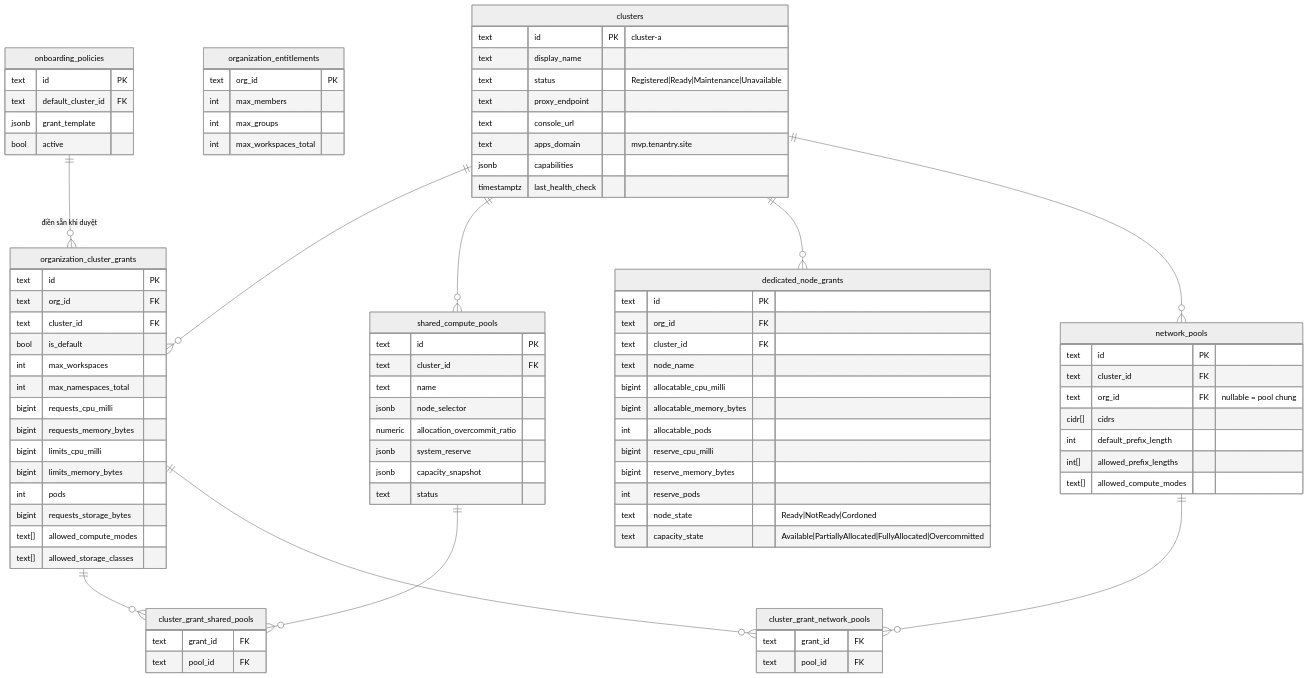
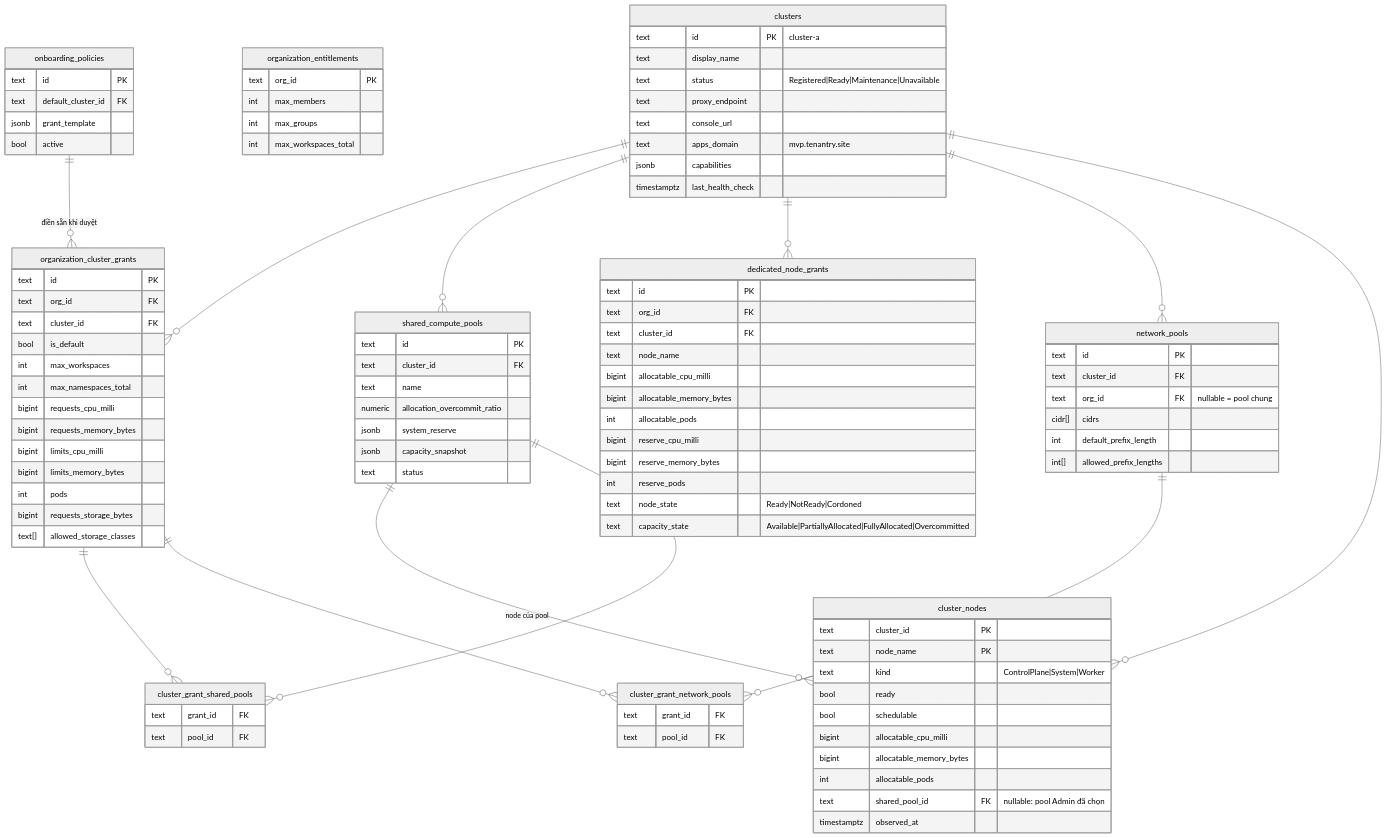
One commit to thaihoc1310/tenantry changed the third of 5 diagrams in docs/architecture/02-data-model.md. Above: the diagram before and after it, drawn with Mermaid (neutral theme). The commit also changed other lines of this file and 5 other files, not shown here.

Commit message:
docs(plan): Vue 3 with Element Plus for the frontend, shared quota that leaves dedicated nodes out, compute modes derived from pools and nodes, shared pool nodes managed from the portal, and rules for editing a grant

```diff
--- a/docs/architecture/02-data-model.md
+++ b/docs/architecture/02-data-model.md
@@ -217,14 +217,12 @@
     bigint limits_memory_bytes
     int pods
     bigint requests_storage_bytes
-    text[] allowed_compute_modes
     text[] allowed_storage_classes
   }
   shared_compute_pools {
     text id PK
     text cluster_id FK
     text name
-    jsonb node_selector
     numeric allocation_overcommit_ratio
     jsonb system_reserve
     jsonb capacity_snapshot
@@ -233,6 +231,18 @@
   cluster_grant_shared_pools {
     text grant_id FK
     text pool_id FK
+  }
+  cluster_nodes {
+    text cluster_id PK
+    text node_name PK
+    text kind "ControlPlane|System|Worker"
+    bool ready
+    bool schedulable
+    bigint allocatable_cpu_milli
+    bigint allocatable_memory_bytes
+    int allocatable_pods
+    text shared_pool_id FK "nullable: pool Admin đã chọn"
+    timestamptz observed_at
   }
   dedicated_node_grants {
     text id PK
@@ -255,7 +265,6 @@
     cidr[] cidrs
     int default_prefix_length
     int[] allowed_prefix_lengths
-    text[] allowed_compute_modes
   }
   cluster_grant_network_pools {
     text grant_id FK
@@ -265,6 +274,8 @@
   clusters ||--o{ shared_compute_pools : ""
   clusters ||--o{ dedicated_node_grants : ""
   clusters ||--o{ network_pools : ""
+  clusters ||--o{ cluster_nodes : ""
+  shared_compute_pools ||--o{ cluster_nodes : "node của pool"
   organization_cluster_grants ||--o{ cluster_grant_shared_pools : ""
   shared_compute_pools ||--o{ cluster_grant_shared_pools : ""
   organization_cluster_grants ||--o{ cluster_grant_network_pools : ""
```
